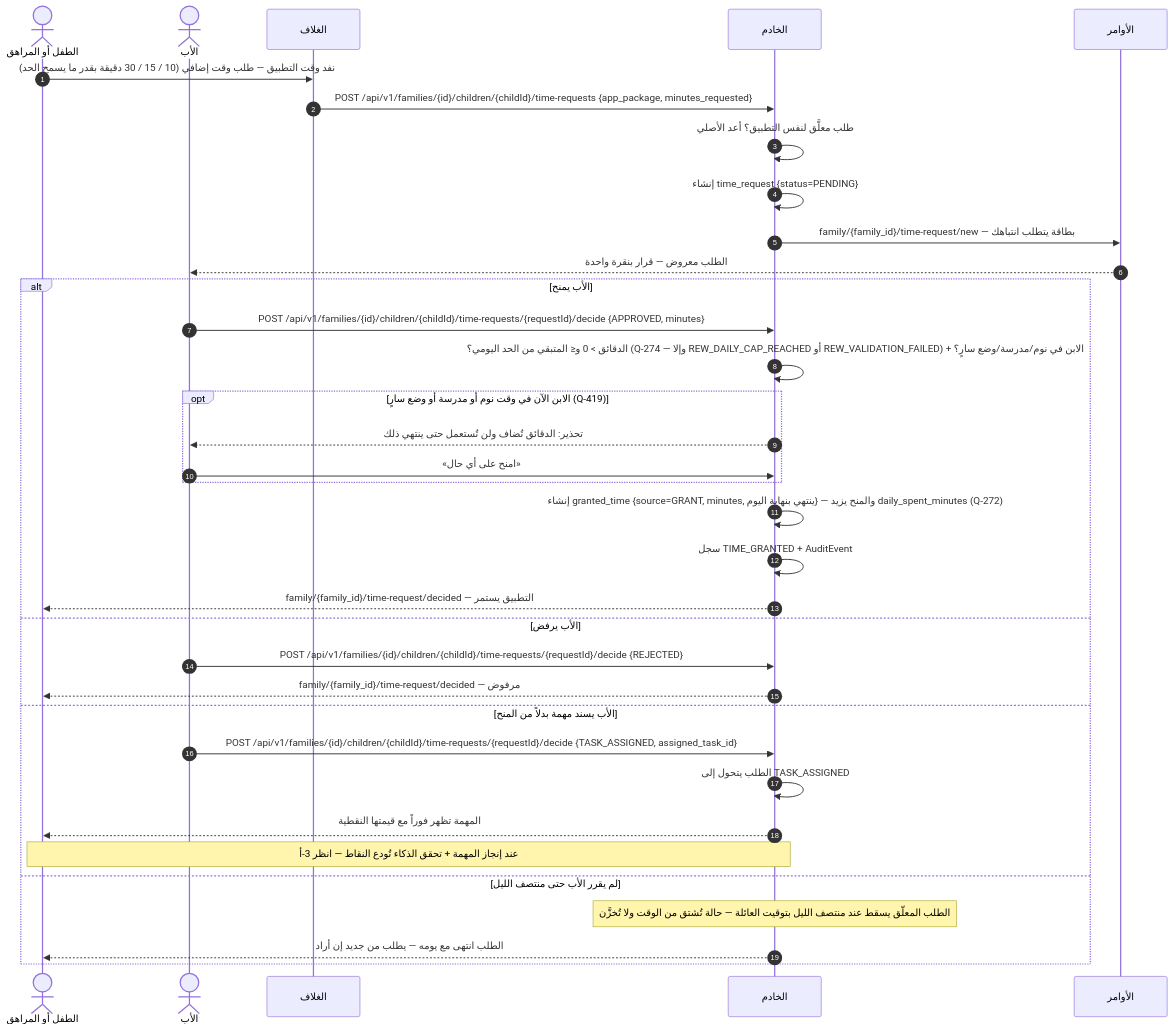
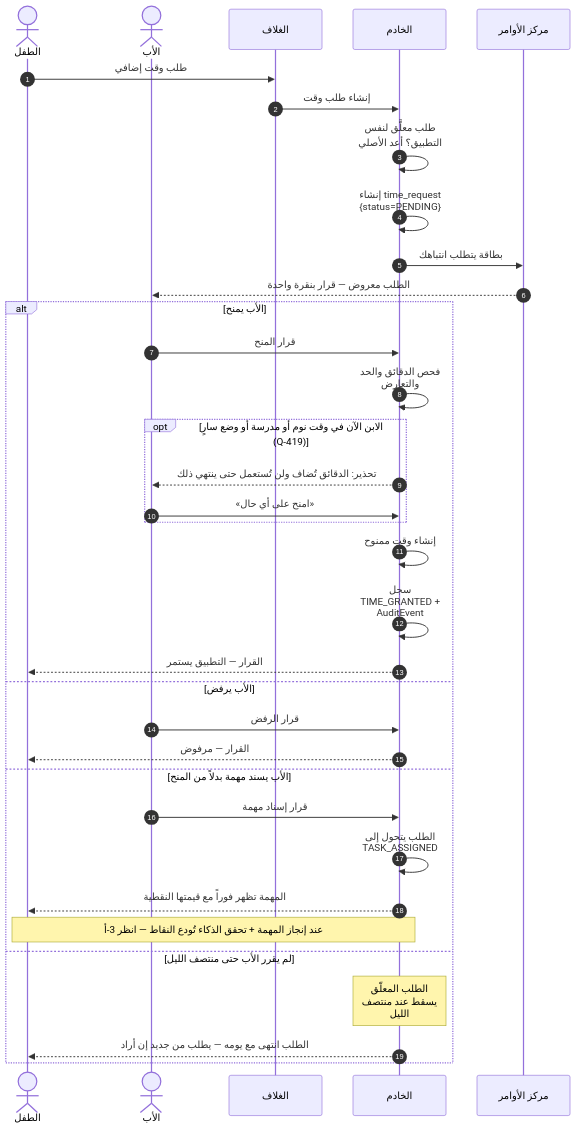
The eighth of 26 diagrams in docs/family-os/governance/phases/phase-1/S1-05-rewards-children/DIAGRAMS.md (Bassam-mohammed-alqaeadi/family-os-v2), drawn with Mermaid before and after one commit. The commit also changed other lines of this file, not shown here.

Commit message:
دفعة الشكل 2 — S1-05: التفاف التسلسلات + تقصير الرسائل + تقسيم حالات الاستخدام وDFD والنشاط (مخالفات 100 ← 0، فوق الحد 12 ← 0)

````diff
--- a/docs/family-os/governance/phases/phase-1/S1-05-rewards-children/DIAGRAMS.md
+++ b/docs/family-os/governance/phases/phase-1/S1-05-rewards-children/DIAGRAMS.md
@@ -335,37 +378,38 @@
 ```mermaid
+%%{init: {"sequence": {"wrap": true}}}%%
 sequenceDiagram
     autonumber
-    actor Child as الطفل أو المراهق
+    actor Child as الطفل
     actor Father as الأب
     participant Shell as الغلاف
     participant Ktor as الخادم
-    participant S109 as الأوامر
-    Child->>Shell: نفد وقت التطبيق — طلب وقت إضافي (10 / 15 / 30 دقيقة بقدر ما يسمح الحد)
-    Shell->>Ktor: POST /api/v1/families/{id}/children/{childId}/time-requests {app_package, minutes_requested}
+    participant S109 as مركز الأوامر
+    Child->>Shell: طلب وقت إضافي
+    Shell->>Ktor: إنشاء طلب وقت
     Ktor->>Ktor: طلب معلَّق لنفس التطبيق؟ أعد الأصلي
     Ktor->>Ktor: إنشاء time_request {status=PENDING}
-    Ktor->>S109: family/{family_id}/time-request/new — بطاقة يتطلب انتباهك
+    Ktor->>S109: بطاقة يتطلب انتباهك
     S109-->>Father: الطلب معروض — قرار بنقرة واحدة
     alt الأب يمنح
-        Father->>Ktor: POST /api/v1/families/{id}/children/{childId}/time-requests/{requestId}/decide {APPROVED, minutes}
-        Ktor->>Ktor: الدقائق > 0 و≤ المتبقي من الحد اليومي؟ (Q-274 — وإلا REW_DAILY_CAP_REACHED أو REW_VALIDATION_FAILED) + الابن في نوم/مدرسة/وضع سارٍ؟
+        Father->>Ktor: قرار المنح
+        Ktor->>Ktor: فحص الدقائق والحد والتعارض
         opt الابن الآن في وقت نوم أو مدرسة أو وضع سارٍ (Q-419)
             Ktor-->>Father: تحذير: الدقائق تُضاف ولن تُستعمل حتى ينتهي ذلك
             Father->>Ktor: «امنح على أي حال»
         end
-        Ktor->>Ktor: إنشاء granted_time {source=GRANT, minutes, ينتهي بنهاية اليوم} — والمنح يزيد daily_spent_minutes (Q-272)
+        Ktor->>Ktor: إنشاء وقت ممنوح
         Ktor->>Ktor: سجل TIME_GRANTED + AuditEvent
-        Ktor-->>Child: family/{family_id}/time-request/decided — التطبيق يستمر
+        Ktor-->>Child: القرار — التطبيق يستمر
     else الأب يرفض
-        Father->>Ktor: POST /api/v1/families/{id}/children/{childId}/time-requests/{requestId}/decide {REJECTED}
-        Ktor-->>Child: family/{family_id}/time-request/decided — مرفوض
+        Father->>Ktor: قرار الرفض
+        Ktor-->>Child: القرار — مرفوض
     else الأب يسند مهمة بدلاً من المنح
-        Father->>Ktor: POST /api/v1/families/{id}/children/{childId}/time-requests/{requestId}/decide {TASK_ASSIGNED, assigned_task_id}
+        Father->>Ktor: قرار إسناد مهمة
         Ktor->>Ktor: الطلب يتحول إلى TASK_ASSIGNED
         Ktor-->>Child: المهمة تظهر فوراً مع قيمتها النقطية
         Note over Child,Ktor: عند إنجاز المهمة + تحقق الذكاء تُودع النقاط — انظر 3-أ
     else لم يقرر الأب حتى منتصف الليل
-        Note over Ktor: الطلب المعلّق يسقط عند منتصف الليل بتوقيت العائلة — حالة تُشتق من الوقت ولا تُخزَّن
+        Note over Ktor: الطلب المعلّق يسقط عند منتصف الليل
         Ktor-->>Child: الطلب انتهى مع يومه — يطلب من جديد إن أراد
     end
 ```
````
